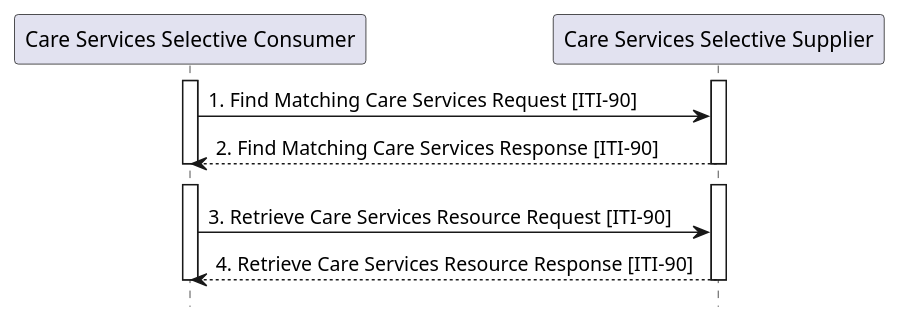
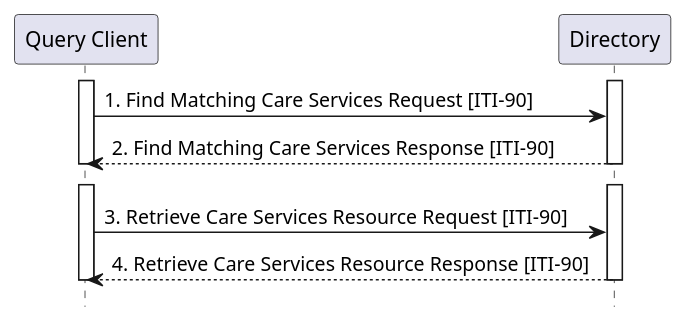
The diagram in input/images-source/ITI-90-seq.plantuml (IHE/ITI.mCSD), drawn with PlantUML before and after one commit. The commit also changed 9 other files, not shown here.

Commit message:
Updated transaction and use case diagrams for the new actor names.

```diff
--- a/input/images-source/ITI-90-seq.plantuml
+++ b/input/images-source/ITI-90-seq.plantuml
@@ -1,19 +1,19 @@
 @startuml
 hide footbox
-participant "Care Services Selective Consumer" as Client
-participant "Care Services Selective Supplier" as Server
+participant "Query Client" as Client
+participant "Directory" as Server
 activate Client
 activate Server
 Client -> Server : 1. Find Matching Care Services Request [ITI-90]
 Server --> Client : 2. Find Matching Care Services Response [ITI-90]
 deactivate Client
 deactivate Server
 
 Client -[hidden]> Server
 activate Client
 activate Server
 Client -> Server : 3. Retrieve Care Services Resource Request [ITI-90]
 Server --> Client : 4. Retrieve Care Services Resource Response [ITI-90]
 deactivate Client
 deactivate Server
 @enduml
```
